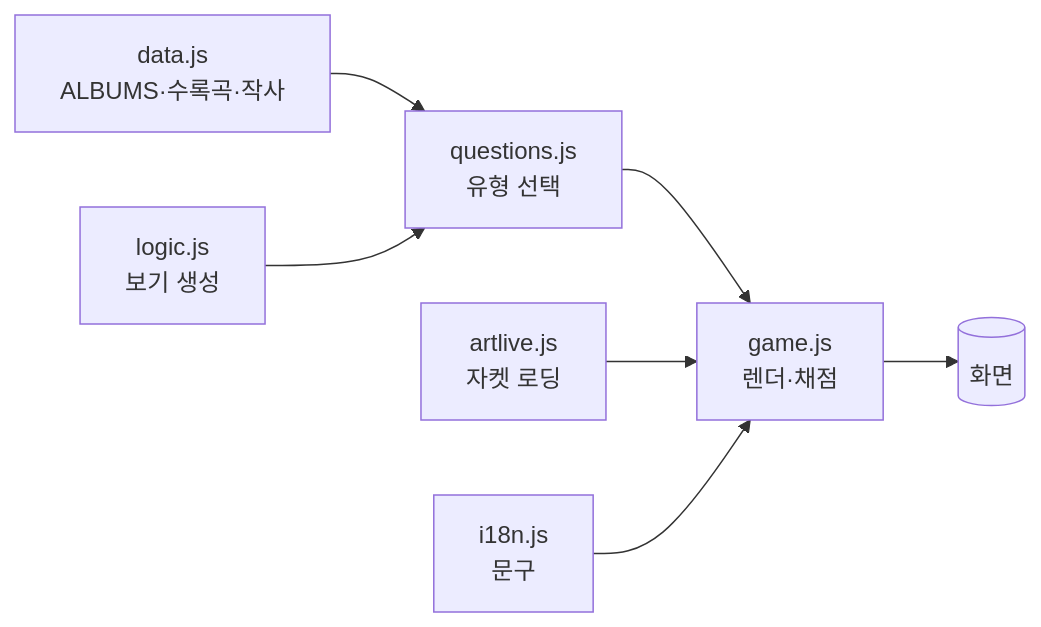
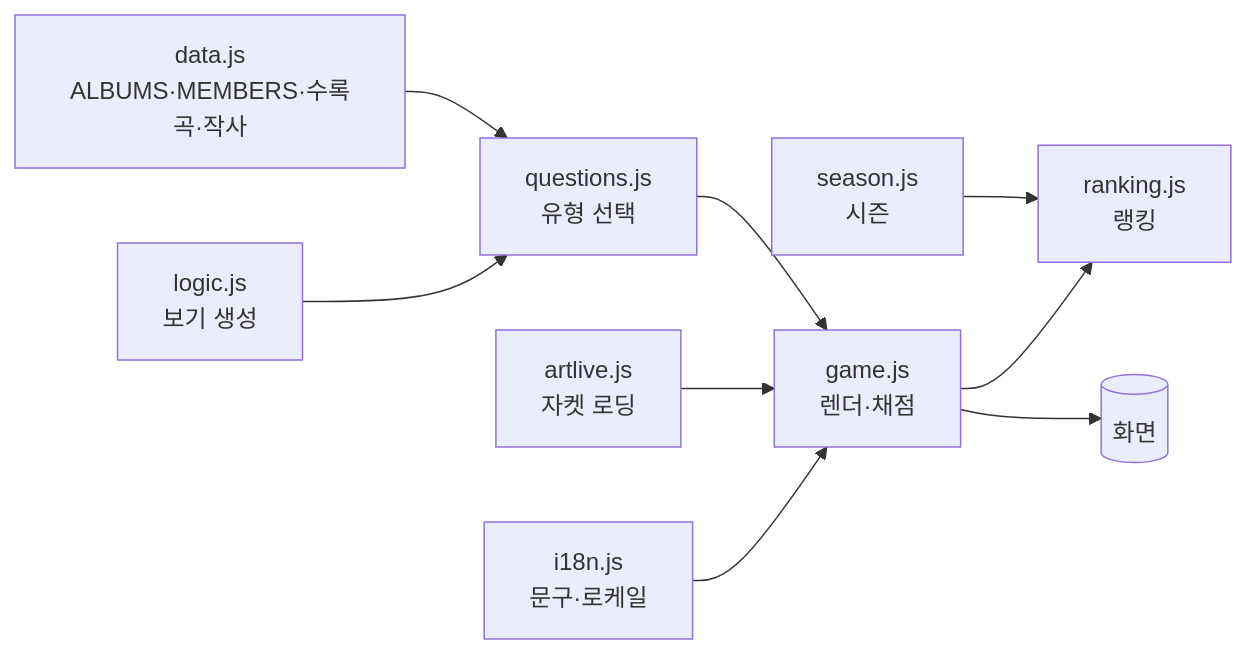
Before and after one commit to Alfira0526/seventeen-photocard-test: the second of 2 diagrams in README.md, drawn with Mermaid. The commit also changed other lines of this file, not shown here.

````diff
--- a/README.md
+++ b/README.md
@@ -141,9 +199,11 @@
 ```mermaid
 flowchart LR
-  D[data.js<br/>ALBUMS·수록곡·작사] --> Q[questions.js<br/>유형 선택]
+  D[data.js<br/>ALBUMS·MEMBERS·수록곡·작사] --> Q[questions.js<br/>유형 선택]
   L[logic.js<br/>보기 생성] --> Q
   Q --> G[game.js<br/>렌더·채점]
   A[artlive.js<br/>자켓 로딩] --> G
-  I[i18n.js<br/>문구] --> G
+  I[i18n.js<br/>문구·로케일] --> G
+  S[season.js<br/>시즌] --> R[ranking.js<br/>랭킹]
+  G --> R
   G --> UI[(화면)]
 ```
````
